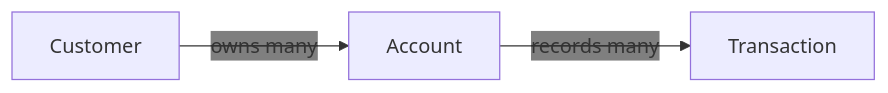
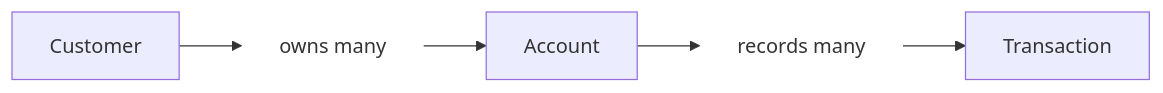
Before and after one commit to RootMoataz/Banking-App: the diagram in README.md, drawn with Mermaid. The commit also changed other lines of this file and 7 other files, not shown here.

Commit message:
Clarify architecture relationships and server setup

````diff
--- a/README.md
+++ b/README.md
@@ -200,6 +203,7 @@
 ```mermaid
-%%{init: {"themeVariables": {"edgeLabelBackground": "transparent"}}}%%
 flowchart LR
-    C[Customer] -->|owns many| A[Account]
-    A -->|records many| T[Transaction]
+    C[Customer] --> O[owns many] --> A[Account]
+    A --> R[records many] --> T[Transaction]
+    classDef relationship fill:none,stroke:none;
+    class O,R relationship;
 ```
````
